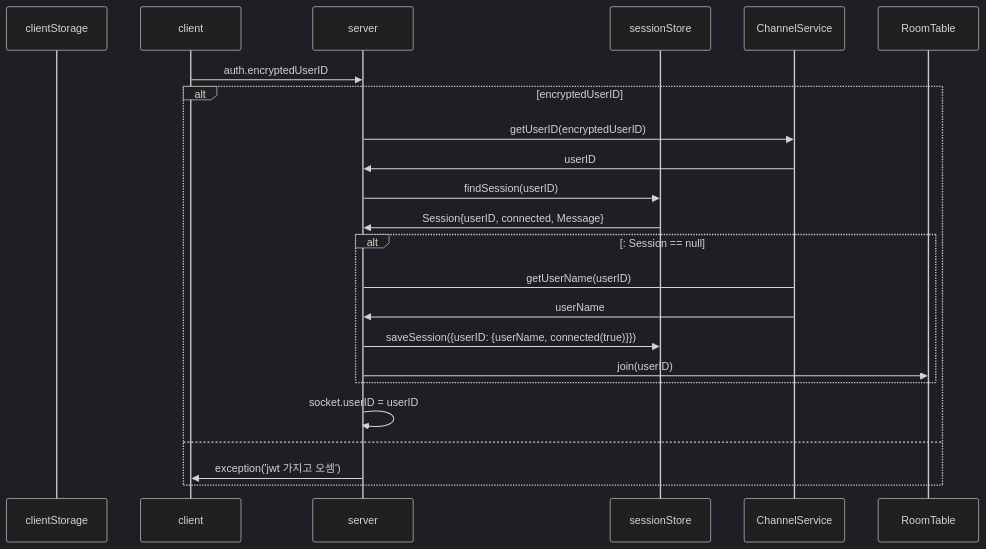
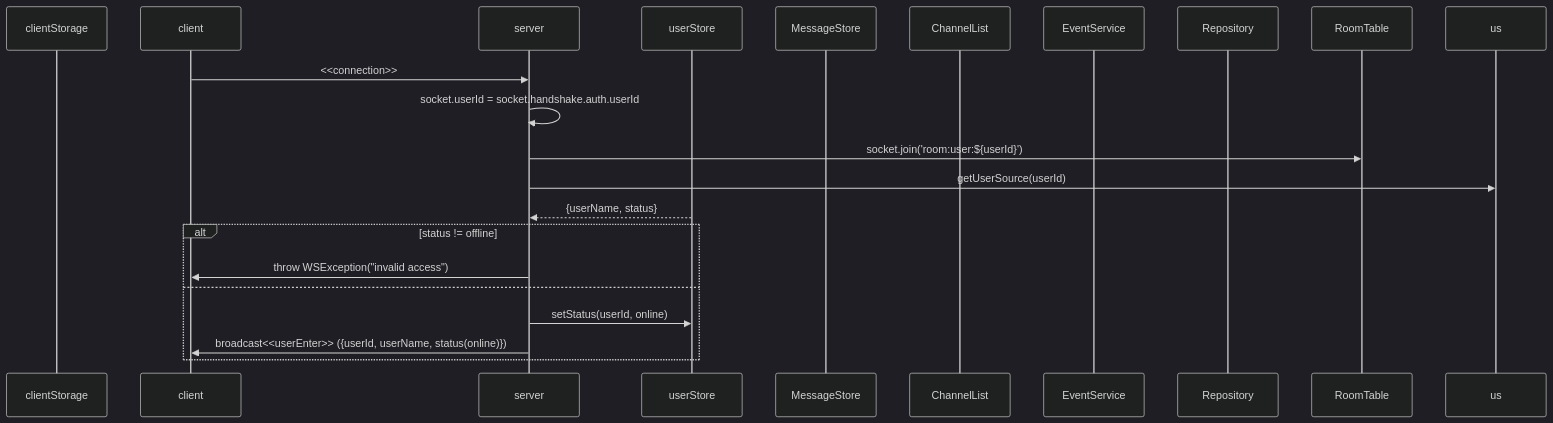
Before and after one commit to mtak0235/simmons_transcendence: the second of 19 diagrams in backend/node/app/event.md, drawn with Mermaid (dark theme). The commit also changed other lines of this file and 1 other file, not shown here.

````diff
--- a/backend/node/app/event.md
+++ b/backend/node/app/event.md
@@ -9,27 +41,24 @@
 ```mermaid
 sequenceDiagram
 participant cls as clientStorage
 participant c as client
 participant ga as server
-participant ss as sessionStore
-participant cs as ChannelService
+participant ss as userStore
+participant ms as MessageStore
+participant cns as ChannelList
+participant cs as EventService
+participant rep as Repository
 participant rt as RoomTable
 
-
-c->>ga: auth.encryptedUserID
-alt encryptedUserID
-ga->>cs: getUserID(encryptedUserID)
-cs->>ga: userID
-ga->>ss: findSession(userID)
-ss->>ga: Session{userID, connected, Message}
-alt: Session == null
-ga->cs: getUserName(userID)
-cs->>ga: userName
-ga->>ss: saveSession({userID: {userName, connected(true)}})
-ga->>rt: join(userID)
-end
-ga->>ga: socket.userID = userID
+c->>ga: <<connection>>
+ga->>ga: socket.userId = socket.handshake.auth.userId
+ga->>rt: socket.join('room:user:${userId}')
+ga->>us: getUserSource(userId)
+ss-->>ga: {userName, status}
+alt status != offline
+ga->>c: throw WSException("invalid access")
 else
-ga->>c: exception('jwt 가지고 오셈');
+ga->>ss:setStatus(userId, online)
+ga->>c: broadcast<<userEnter>> ({userId, userName, status(online)})
 end
 ```
````
